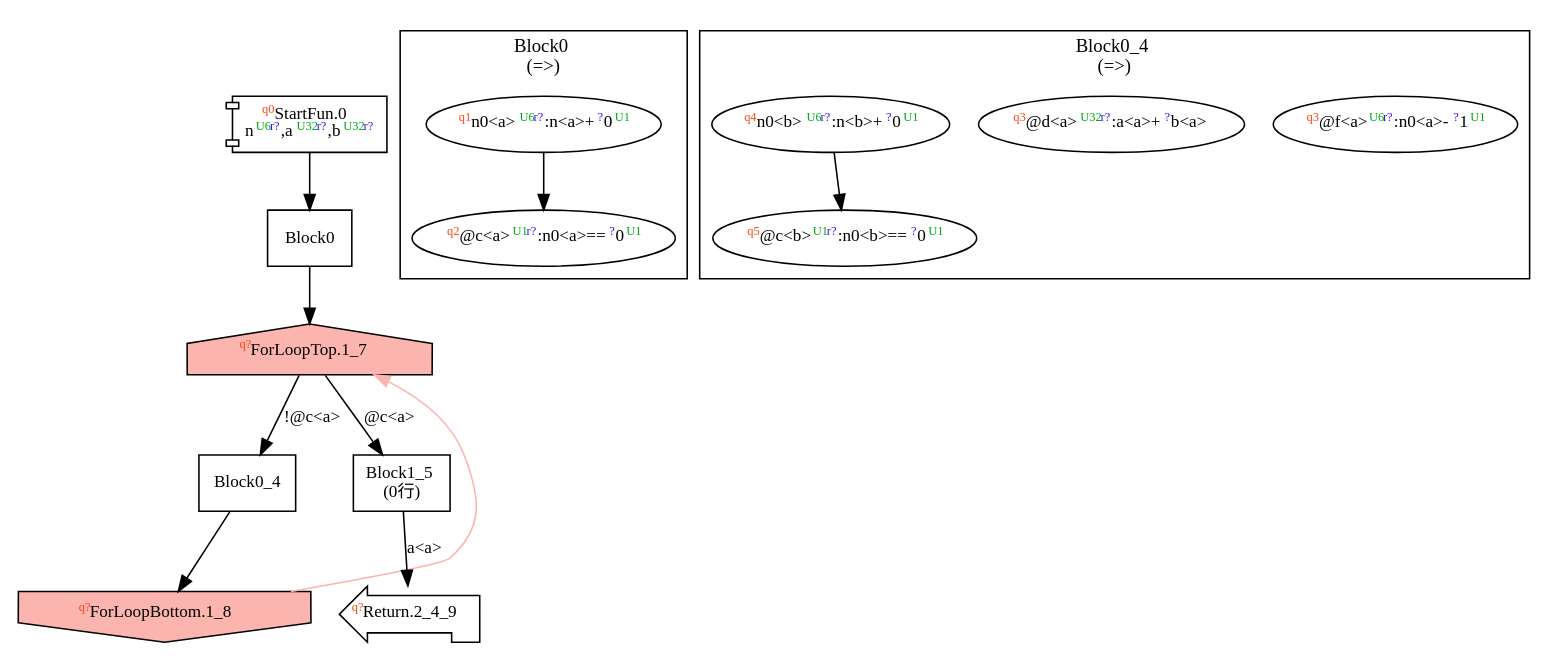
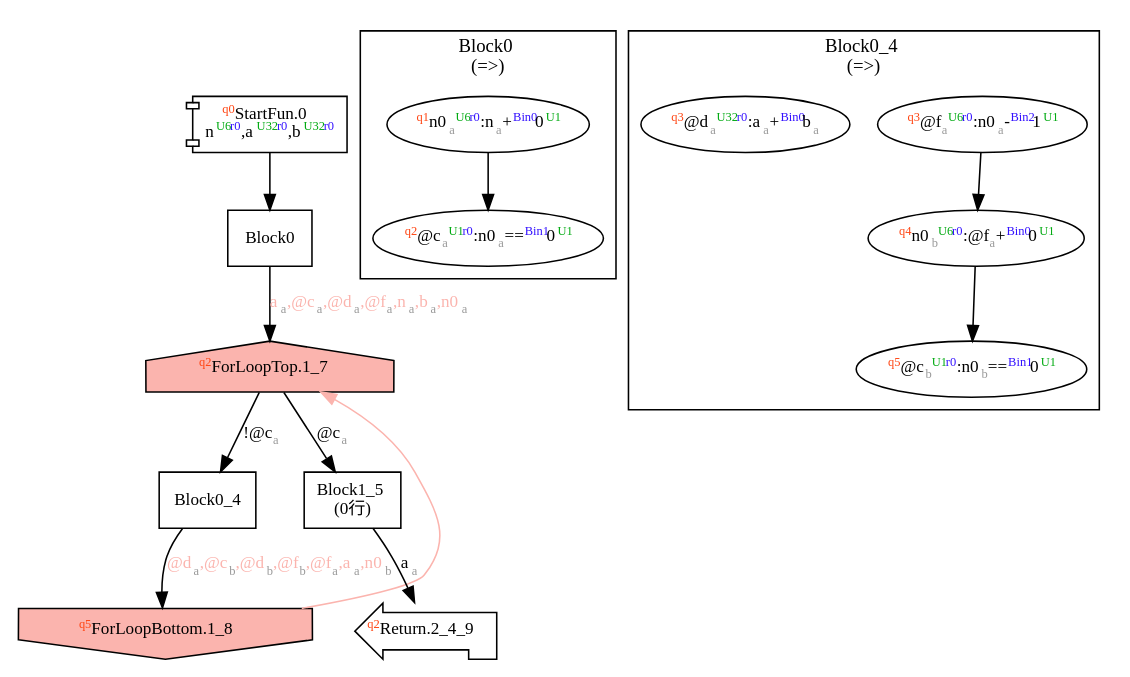
Before and after one commit to akouryy/SyntheScala: the diagram in dist/fib.dot, drawn with Graphviz. The commit also changed 15 other files, not shown here.

Commit message:
[parallel] Fixes: * register jump states, * handle recursion aliases, * specify names of loops, and * improve GraphDrawer

```diff
--- a/dist/fib.dot
+++ b/dist/fib.dot
@@ -1,43 +1,44 @@
 digraph Program_ {
   graph [fontname = "Monaco", fontsize = 12, ranksep = 0.5];
   node [shape = box, fontname = "Monaco", fontsize = 11; colorscheme = pastel19];
   edge [fontname = "Monaco", fontsize = 11; colorscheme = pastel19];
-  Jump0[label = <<font color="#ff4411" point-size="8"><sup>q0</sup></font>StartFun.0<br/>n<font color="#00aa11" point-size="8"><sup>U6</sup></font><font color="#3311ff" point-size="8"><sup>r?</sup></font>,a<font color="#00aa11" point-size="8"><sup>U32</sup></font><font color="#3311ff" point-size="8"><sup>r?</sup></font>,b<font color="#00aa11" point-size="8"><sup>U32</sup></font><font color="#3311ff" point-size="8"><sup>r?</sup></font>>; shape = component];
+  Jump0[label = <<font color="#ff4411" point-size="8"><sup>q0</sup></font>StartFun.0<br/>n<font color="#00aa11" point-size="8"><sup>U6</sup></font><font color="#3311ff" point-size="8"><sup>r0</sup></font>,a<font color="#00aa11" point-size="8"><sup>U32</sup></font><font color="#3311ff" point-size="8"><sup>r0</sup></font>,b<font color="#00aa11" point-size="8"><sup>U32</sup></font><font color="#3311ff" point-size="8"><sup>r0</sup></font>>; shape = component];
   Jump0 -> Block0;
   Jump1_7[
-    label = <<font color="#ff4411" point-size="8"><sup>q?</sup></font>ForLoopTop.1_7>;
+    label = <<font color="#ff4411" point-size="8"><sup>q2</sup></font>ForLoopTop.1_7>;
     shape = house; style = filled;
     fillcolor = 1;
   ];
-  Block0 -> Jump1_7 [label = ""];
-  Jump1_7 -> Block0_4 [label = "!@c<a>"];
+  Block0 -> Jump1_7 [label=<a<font color="#999999" point-size="8"><sub>a</sub></font>,@c<font color="#999999" point-size="8"><sub>a</sub></font>,@d<font color="#999999" point-size="8"><sub>a</sub></font>,@f<font color="#999999" point-size="8"><sub>a</sub></font>,n<font color="#999999" point-size="8"><sub>a</sub></font>,b<font color="#999999" point-size="8"><sub>a</sub></font>,n0<font color="#999999" point-size="8"><sub>a</sub></font>>; fontcolor=1];
+  Jump1_7 -> Block0_4 [label = <!@c<font color="#999999" point-size="8"><sub>a</sub></font>>];
   Jump1_8 -> Jump1_7 [constraint = false; color = 1];
-  Jump1_7 -> Block1_5 [label = "@c<a>"];
+  Jump1_7 -> Block1_5 [label = <@c<font color="#999999" point-size="8"><sub>a</sub></font>>];
   Jump1_8[
-    label = <<font color="#ff4411" point-size="8"><sup>q?</sup></font>ForLoopBottom.1_8>
+    label = <<font color="#ff4411" point-size="8"><sup>q5</sup></font>ForLoopBottom.1_8>
     shape = invhouse; style = filled;
     fillcolor = 1;
   ];
-  Block0_4 -> Jump1_8 [label = ""];
-  Jump2_4_9[label = <<font color="#ff4411" point-size="8"><sup>q?</sup></font>Return.2_4_9>; shape = lpromoter];
-  Block1_5 -> Jump2_4_9 [label="a<a>"];
+  Block0_4 -> Jump1_8 [label=<@d<font color="#999999" point-size="8"><sub>a</sub></font>,@c<font color="#999999" point-size="8"><sub>b</sub></font>,@d<font color="#999999" point-size="8"><sub>b</sub></font>,@f<font color="#999999" point-size="8"><sub>b</sub></font>,@f<font color="#999999" point-size="8"><sub>a</sub></font>,a<font color="#999999" point-size="8"><sub>a</sub></font>,n0<font color="#999999" point-size="8"><sub>b</sub></font>>; fontcolor=1];
+  Jump2_4_9[label = <<font color="#ff4411" point-size="8"><sup>q2</sup></font>Return.2_4_9>; shape = lpromoter];
+  Block1_5 -> Jump2_4_9 [label=<a<font color="#999999" point-size="8"><sub>a</sub></font>>];
   Block0 [label = "Block0"];
   Block0_4 [label = "Block0_4"];
   Block1_5 [label = "Block1_5\l(0行)"];
   subgraph cluster_dfg_Block0 {
     node [shape = oval];
     label = <Block0<br/>(=&gt;)>;
-    8 [label=<<font color="#ff4411" point-size="8"><sup>q1</sup></font>n0&lt;a&gt;<font color="#00aa11" point-size="8"><sup>U6</sup></font><font color="#3311ff" point-size="8"><sup>r?</sup></font>:n&lt;a&gt;+<font color="#3311ff" point-size="8"><sup>?</sup></font>0<font color="#00aa11" point-size="8"><sup>U1</sup></font>>];
-    9 [label=<<font color="#ff4411" point-size="8"><sup>q2</sup></font>@c&lt;a&gt;<font color="#00aa11" point-size="8"><sup>U1</sup></font><font color="#3311ff" point-size="8"><sup>r?</sup></font>:n0&lt;a&gt;==<font color="#3311ff" point-size="8"><sup>?</sup></font>0<font color="#00aa11" point-size="8"><sup>U1</sup></font>>];
+    8 [label=<<font color="#ff4411" point-size="8"><sup>q1</sup></font>n0<font color="#999999" point-size="8"><sub>a</sub></font><font color="#00aa11" point-size="8"><sup>U6</sup></font><font color="#3311ff" point-size="8"><sup>r0</sup></font>:n<font color="#999999" point-size="8"><sub>a</sub></font>+<font color="#3311ff" point-size="8"><sup>Bin0</sup></font>0<font color="#00aa11" point-size="8"><sup>U1</sup></font>>];
+    9 [label=<<font color="#ff4411" point-size="8"><sup>q2</sup></font>@c<font color="#999999" point-size="8"><sub>a</sub></font><font color="#00aa11" point-size="8"><sup>U1</sup></font><font color="#3311ff" point-size="8"><sup>r0</sup></font>:n0<font color="#999999" point-size="8"><sub>a</sub></font>==<font color="#3311ff" point-size="8"><sup>Bin1</sup></font>0<font color="#00aa11" point-size="8"><sup>U1</sup></font>>];
     8 -> 9;
   }
   subgraph cluster_dfg_Block0_4 {
     node [shape = oval];
     label = <Block0_4<br/>(=&gt;)>;
-    10 [label=<<font color="#ff4411" point-size="8"><sup>q3</sup></font>@f&lt;a&gt;<font color="#00aa11" point-size="8"><sup>U6</sup></font><font color="#3311ff" point-size="8"><sup>r?</sup></font>:n0&lt;a&gt;-<font color="#3311ff" point-size="8"><sup>?</sup></font>1<font color="#00aa11" point-size="8"><sup>U1</sup></font>>];
-    11 [label=<<font color="#ff4411" point-size="8"><sup>q3</sup></font>@d&lt;a&gt;<font color="#00aa11" point-size="8"><sup>U32</sup></font><font color="#3311ff" point-size="8"><sup>r?</sup></font>:a&lt;a&gt;+<font color="#3311ff" point-size="8"><sup>?</sup></font>b&lt;a&gt;>];
-    12 [label=<<font color="#ff4411" point-size="8"><sup>q4</sup></font>n0&lt;b&gt;<font color="#00aa11" point-size="8"><sup>U6</sup></font><font color="#3311ff" point-size="8"><sup>r?</sup></font>:n&lt;b&gt;+<font color="#3311ff" point-size="8"><sup>?</sup></font>0<font color="#00aa11" point-size="8"><sup>U1</sup></font>>];
-    13 [label=<<font color="#ff4411" point-size="8"><sup>q5</sup></font>@c&lt;b&gt;<font color="#00aa11" point-size="8"><sup>U1</sup></font><font color="#3311ff" point-size="8"><sup>r?</sup></font>:n0&lt;b&gt;==<font color="#3311ff" point-size="8"><sup>?</sup></font>0<font color="#00aa11" point-size="8"><sup>U1</sup></font>>];
+    10 [label=<<font color="#ff4411" point-size="8"><sup>q3</sup></font>@f<font color="#999999" point-size="8"><sub>a</sub></font><font color="#00aa11" point-size="8"><sup>U6</sup></font><font color="#3311ff" point-size="8"><sup>r0</sup></font>:n0<font color="#999999" point-size="8"><sub>a</sub></font>-<font color="#3311ff" point-size="8"><sup>Bin2</sup></font>1<font color="#00aa11" point-size="8"><sup>U1</sup></font>>];
+    11 [label=<<font color="#ff4411" point-size="8"><sup>q3</sup></font>@d<font color="#999999" point-size="8"><sub>a</sub></font><font color="#00aa11" point-size="8"><sup>U32</sup></font><font color="#3311ff" point-size="8"><sup>r0</sup></font>:a<font color="#999999" point-size="8"><sub>a</sub></font>+<font color="#3311ff" point-size="8"><sup>Bin0</sup></font>b<font color="#999999" point-size="8"><sub>a</sub></font>>];
+    12 [label=<<font color="#ff4411" point-size="8"><sup>q4</sup></font>n0<font color="#999999" point-size="8"><sub>b</sub></font><font color="#00aa11" point-size="8"><sup>U6</sup></font><font color="#3311ff" point-size="8"><sup>r0</sup></font>:@f<font color="#999999" point-size="8"><sub>a</sub></font>+<font color="#3311ff" point-size="8"><sup>Bin0</sup></font>0<font color="#00aa11" point-size="8"><sup>U1</sup></font>>];
+    13 [label=<<font color="#ff4411" point-size="8"><sup>q5</sup></font>@c<font color="#999999" point-size="8"><sub>b</sub></font><font color="#00aa11" point-size="8"><sup>U1</sup></font><font color="#3311ff" point-size="8"><sup>r0</sup></font>:n0<font color="#999999" point-size="8"><sub>b</sub></font>==<font color="#3311ff" point-size="8"><sup>Bin1</sup></font>0<font color="#00aa11" point-size="8"><sup>U1</sup></font>>];
+    10 -> 12;
     12 -> 13;
   }
 }
```
